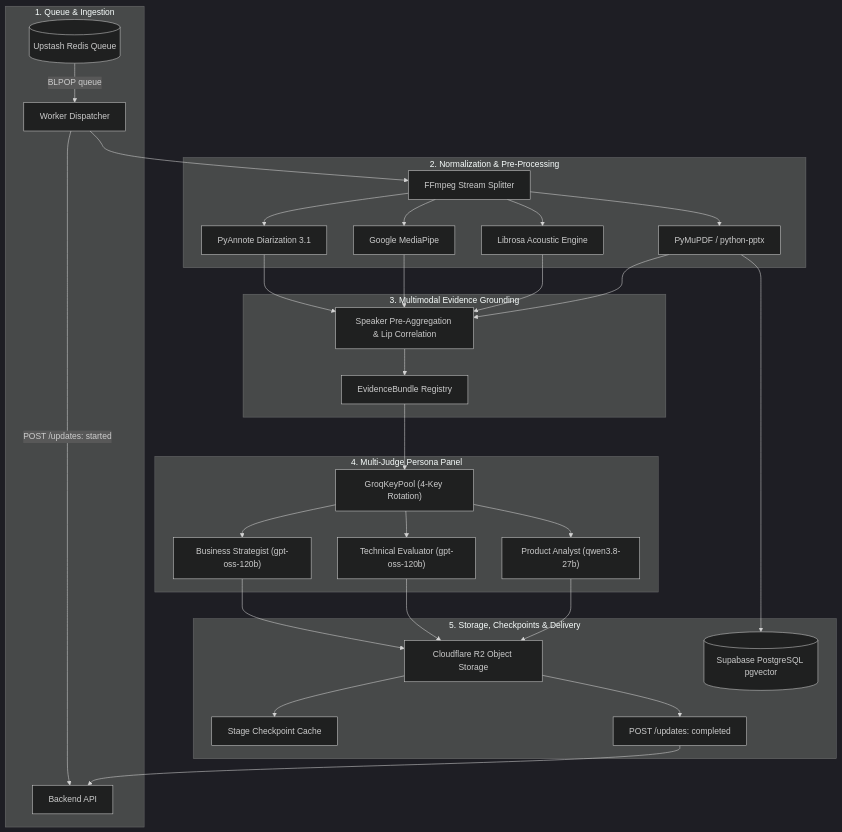
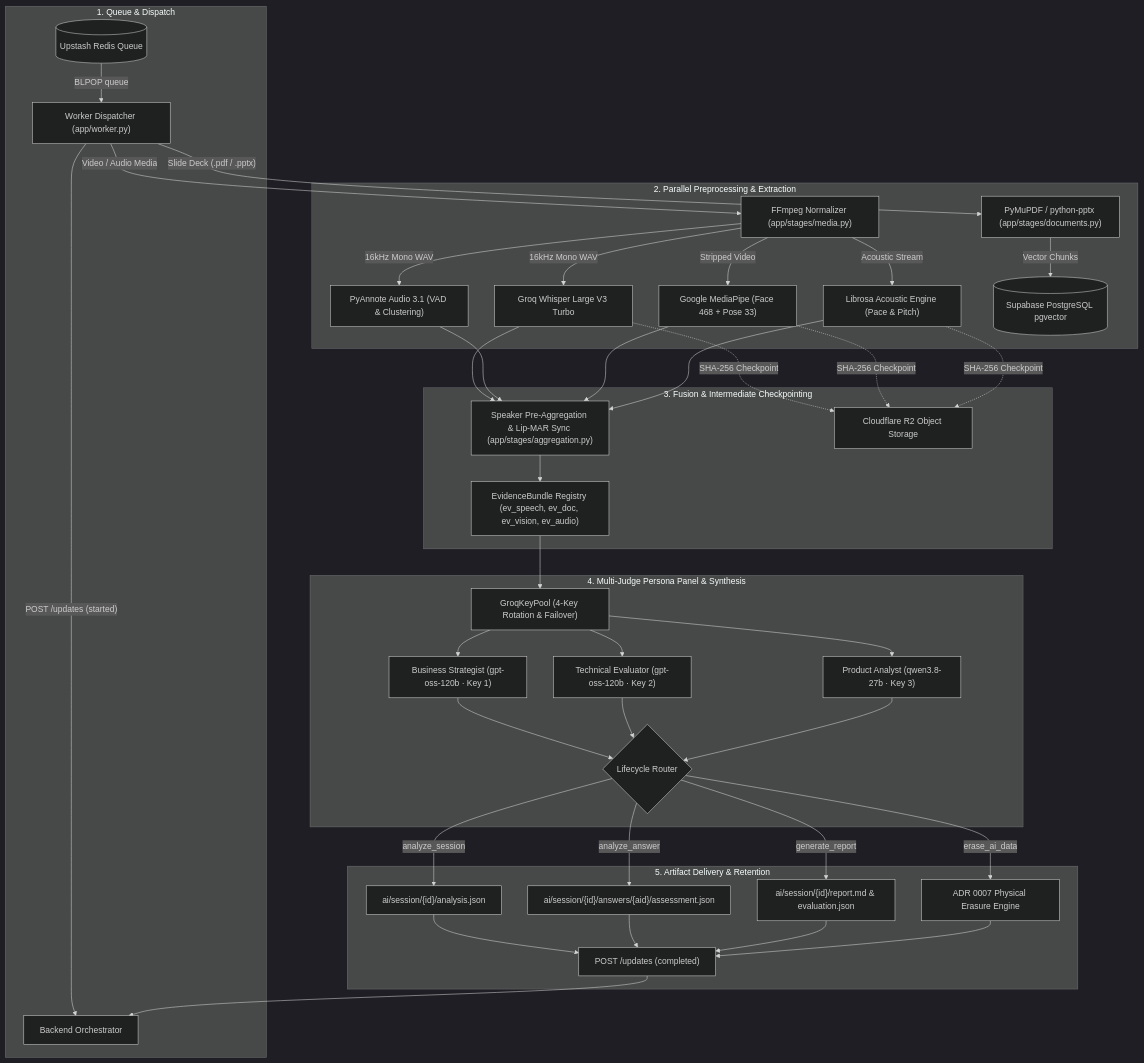
The diagram in README.md (VirtuJudge/AI-ML), drawn with Mermaid (dark theme) before and after one commit. The commit also changed other lines of this file and 1 other file, not shown here.

Commit message:
docs: update README with full pipeline architecture and reliability specs

````diff
--- a/README.md
+++ b/README.md
@@ -26,40 +29,54 @@
 ```mermaid
 flowchart TD
-    subgraph Ingestion ["1. Queue & Ingestion"]
-        Redis[("Upstash Redis Queue")] -->|"BLPOP queue"| Worker["Worker Dispatcher"]
-        Worker -->|"POST /updates: started"| Backend["Backend API"]
+    subgraph Ingestion ["1. Queue & Dispatch"]
+        Redis[("Upstash Redis Queue")] -->|"BLPOP queue"| Worker["Worker Dispatcher (app/worker.py)"]
+        Worker -->|"POST /updates (started)"| Backend["Backend Orchestrator"]
     end
 
-    subgraph Preprocessing ["2. Normalization & Pre-Processing"]
-        Worker --> Media["FFmpeg Stream Splitter"]
-        Media --> Diarization["PyAnnote Diarization 3.1"]
-        Media --> Vision["Google MediaPipe"]
-        Media --> Audio["Librosa Acoustic Engine"]
-        Media --> Docs["PyMuPDF / python-pptx"]
+    subgraph DualProcessing ["2. Parallel Preprocessing & Extraction"]
+        Worker -->|"Video / Audio Media"| MediaSplit["FFmpeg Normalizer (app/stages/media.py)"]
+        MediaSplit -->|"16kHz Mono WAV"| Whisper["Groq Whisper Large V3 Turbo"]
+        MediaSplit -->|"16kHz Mono WAV"| Diarize["PyAnnote Audio 3.1 (VAD & Clustering)"]
+        MediaSplit -->|"Stripped Video"| Vision["Google MediaPipe (Face 468 + Pose 33)"]
+        MediaSplit -->|"Acoustic Stream"| Audio["Librosa Acoustic Engine (Pace & Pitch)"]
+        
+        Worker -->|"Slide Deck (.pdf / .pptx)"| DocExtract["PyMuPDF / python-pptx (app/stages/documents.py)"]
+        DocExtract -->|"Vector Chunks"| PgVector[("Supabase PostgreSQL pgvector")]
     end
 
-    subgraph Fusion ["3. Multimodal Evidence Grounding"]
-        Diarization --> Aggregation["Speaker Pre-Aggregation & Lip Correlation"]
+    subgraph FusionCheckpoints ["3. Fusion & Intermediate Checkpointing"]
+        Whisper --> Aggregation["Speaker Pre-Aggregation & Lip-MAR Sync (app/stages/aggregation.py)"]
+        Diarize --> Aggregation
         Vision --> Aggregation
         Audio --> Aggregation
-        Docs --> Aggregation
-        Aggregation --> Evidence["EvidenceBundle Registry"]
+        Aggregation --> Bundle["EvidenceBundle Registry (ev_speech, ev_doc, ev_vision, ev_audio)"]
+        
+        Whisper -.->|"SHA-256 Checkpoint"| Storage["Cloudflare R2 Object Storage"]
+        Vision -.->|"SHA-256 Checkpoint"| Storage
+        Audio -.->|"SHA-256 Checkpoint"| Storage
     end
 
-    subgraph Intelligence ["4. Multi-Judge Persona Panel"]
-        Evidence --> KeyPool["GroqKeyPool (4-Key Rotation)"]
-        KeyPool --> J1["Business Strategist (gpt-oss-120b)"]
-        KeyPool --> J2["Technical Evaluator (gpt-oss-120b)"]
-        KeyPool --> J3["Product Analyst (qwen3.8-27b)"]
+    subgraph Intelligence ["4. Multi-Judge Persona Panel & Synthesis"]
+        Bundle --> KeyPool["GroqKeyPool (4-Key Rotation & Failover)"]
+        KeyPool --> J1["Business Strategist (gpt-oss-120b · Key 1)"]
+        KeyPool --> J2["Technical Evaluator (gpt-oss-120b · Key 2)"]
+        KeyPool --> J3["Product Analyst (qwen3.8-27b · Key 3)"]
+        
+        J1 --> OutputRouter{"Lifecycle Router"}
+        J2 --> OutputRouter
+        J3 --> OutputRouter
     end
 
-    subgraph Persistence ["5. Storage, Checkpoints & Delivery"]
-        J1 --> Storage["Cloudflare R2 Object Storage"]
-        J2 --> Storage
-        J3 --> Storage
-        Docs --> PgVector[("Supabase PostgreSQL pgvector")]
-        Storage --> Checkpoint["Stage Checkpoint Cache"]
-        Storage --> FinalUpdate["POST /updates: completed"]
+    subgraph Delivery ["5. Artifact Delivery & Retention"]
+        OutputRouter -->|"analyze_session"| AnalysisJSON["ai/session/{id}/analysis.json"]
+        OutputRouter -->|"analyze_answer"| AnswerJSON["ai/session/{id}/answers/{aid}/assessment.json"]
+        OutputRouter -->|"generate_report"| ReportMD["ai/session/{id}/report.md & evaluation.json"]
+        OutputRouter -->|"erase_ai_data"| RetentionPurge["ADR 0007 Physical Erasure Engine"]
+        
+        AnalysisJSON --> FinalUpdate["POST /updates (completed)"]
+        AnswerJSON --> FinalUpdate
+        ReportMD --> FinalUpdate
+        RetentionPurge --> FinalUpdate
         FinalUpdate --> Backend
     end
 ```
````
